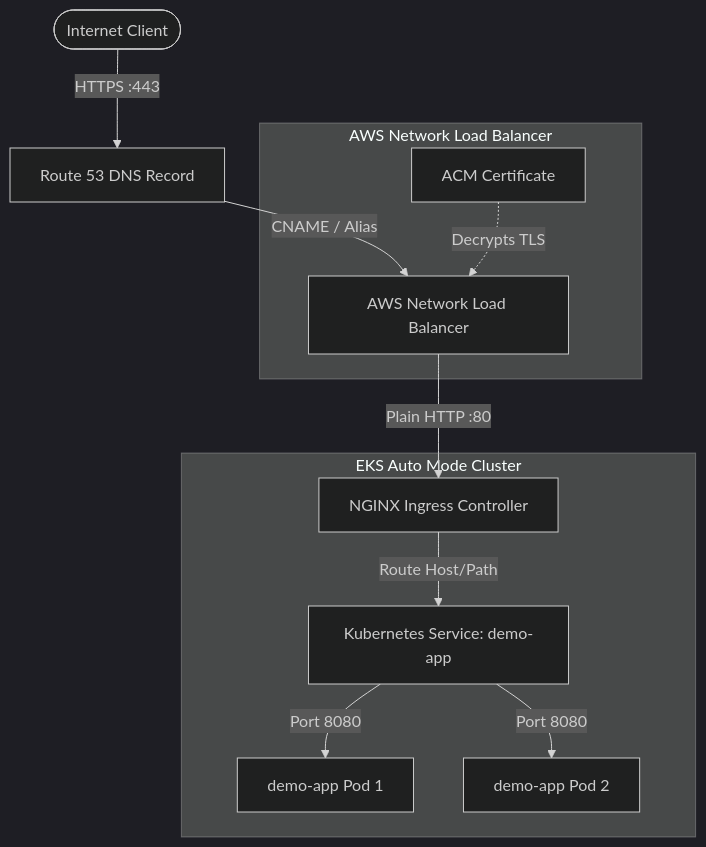
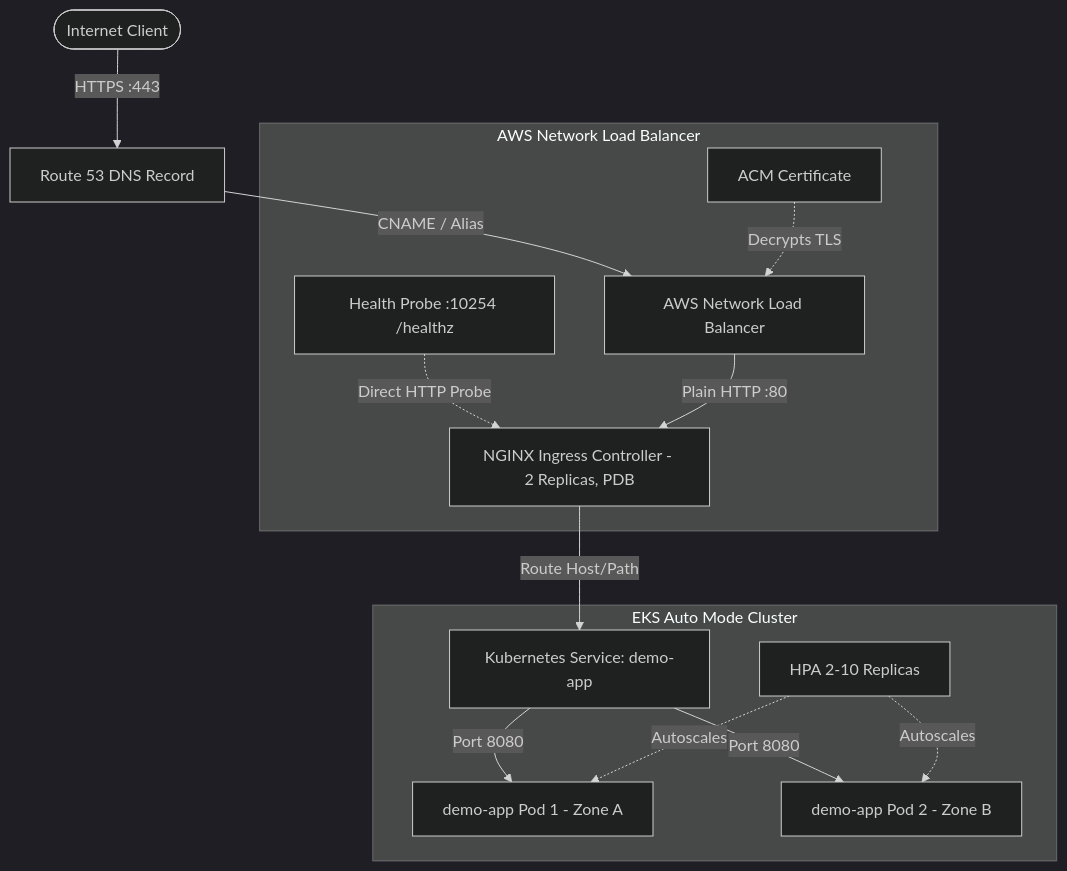
The diagram in README.md (alpfr/dns-lb-ingress-service-pods), drawn with Mermaid (dark theme) before and after one commit. The commit also changed other lines of this file and 3 other files, not shown here.

Commit message:
feat: implement high availability ingress, HPA, PDB, CAA record, and GitHub Actions CI

````diff
--- a/README.md
+++ b/README.md
@@ -71,14 +78,17 @@
 ```mermaid
 graph TD
     Client([Internet Client]) -->|HTTPS :443| R53[Route 53 DNS Record]
     R53 -->|CNAME / Alias| NLB[AWS Network Load Balancer]
     subgraph AWS Network Load Balancer
         ACM[ACM Certificate] -.->|Decrypts TLS| NLB
+        Probe[Health Probe :10254 /healthz] -.->|Direct HTTP Probe| NGINX
     end
-    NLB -->|Plain HTTP :80| NGINX[NGINX Ingress Controller]
+    NLB -->|Plain HTTP :80| NGINX[NGINX Ingress Controller - 2 Replicas, PDB]
     subgraph EKS Auto Mode Cluster
         NGINX -->|Route Host/Path| Svc[Kubernetes Service: demo-app]
-        Svc -->|Port 8080| Pod1[demo-app Pod 1]
-        Svc -->|Port 8080| Pod2[demo-app Pod 2]
+        Svc -->|Port 8080| Pod1[demo-app Pod 1 - Zone A]
+        Svc -->|Port 8080| Pod2[demo-app Pod 2 - Zone B]
+        HPA[HPA 2-10 Replicas] -.->|Autoscales| Pod1
+        HPA -.->|Autoscales| Pod2
     end
 ```
````
